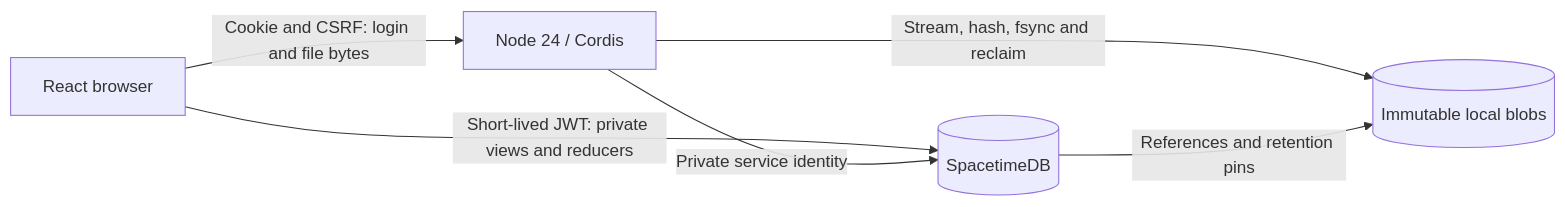
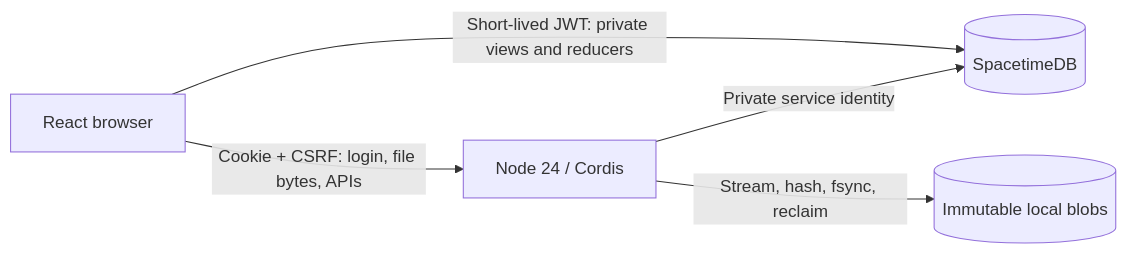
One commit to anoosa1/dar changed the diagram in docs/spacetimedb/architecture.md. Above: the diagram before and after it, drawn with Mermaid. The commit also changed other lines of this file and 22 other files, not shown here.

````diff
--- a/docs/spacetimedb/architecture.md
+++ b/docs/spacetimedb/architecture.md
@@ -51,8 +10,7 @@
 ```mermaid
 flowchart LR
-  Browser[React browser] -->|Cookie and CSRF: login and file bytes| Node[Node 24 / Cordis]
+  Browser[React browser] -->|Cookie + CSRF: login, file bytes, APIs| Node[Node 24 / Cordis]
   Browser -->|Short-lived JWT: private views and reducers| DB[(SpacetimeDB)]
   Node -->|Private service identity| DB
-  Node -->|Stream, hash, fsync and reclaim| Blobs[(Immutable local blobs)]
-  DB -->|References and retention pins| Blobs
+  Node -->|Stream, hash, fsync, reclaim| Blobs[(Immutable local blobs)]
 ```
````
